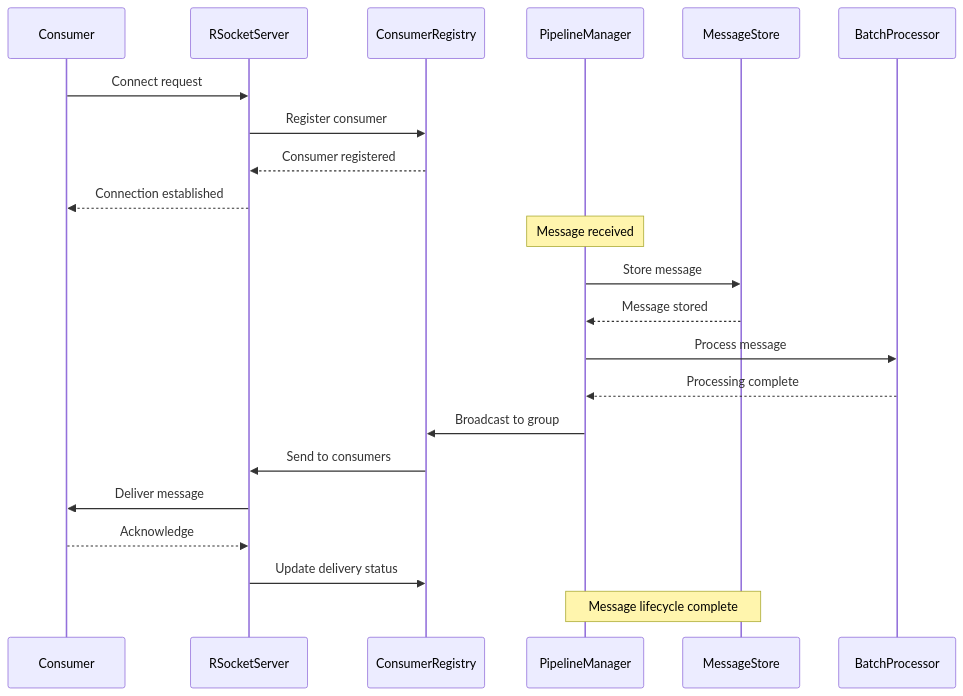
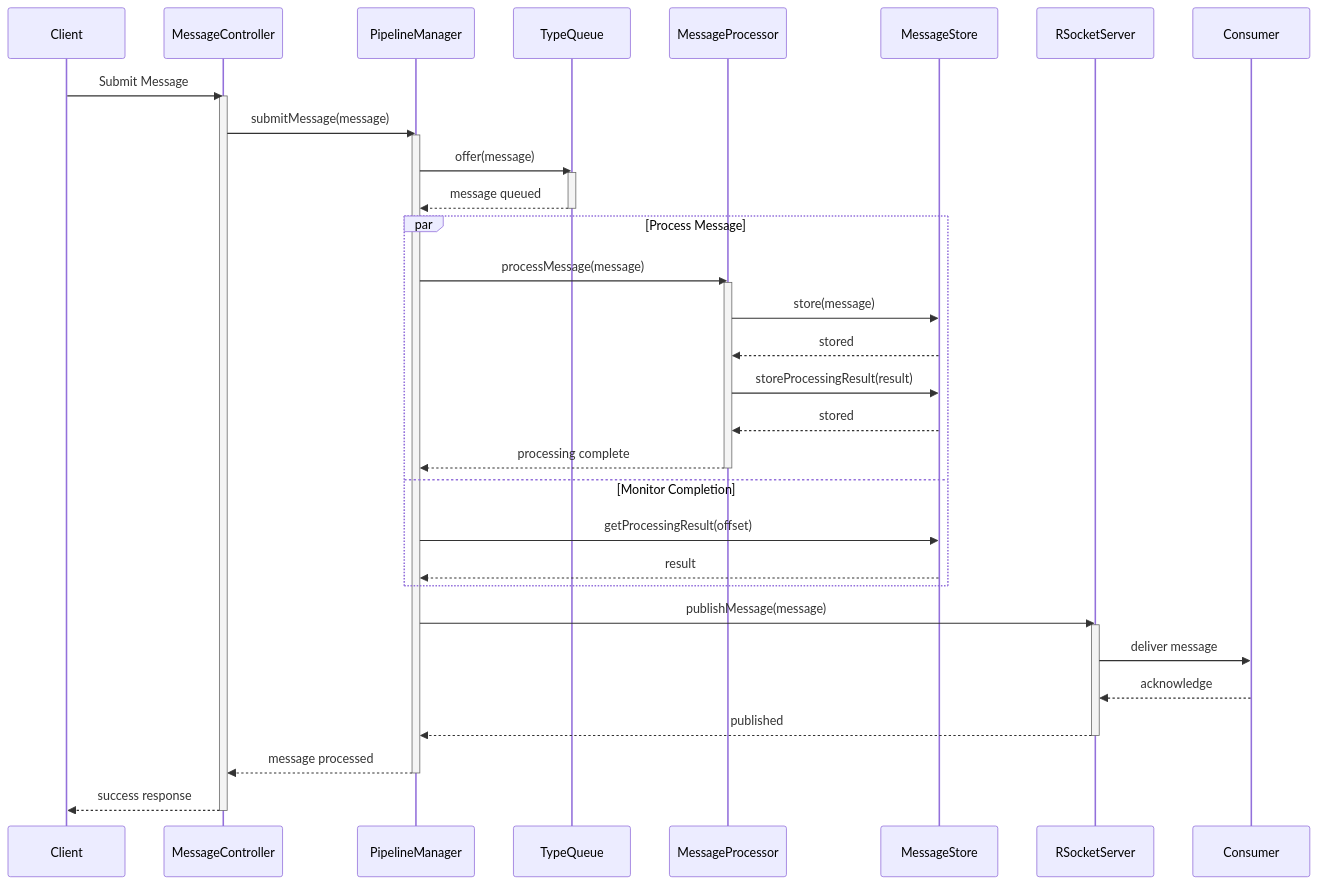
Before and after one commit to anuragm339/provider: the third of 3 diagrams in README.md, drawn with Mermaid. The commit also changed other lines of this file and 6 other files, not shown here.

````diff
--- a/README.md
+++ b/README.md
@@ -203,28 +163,47 @@
 ```mermaid
 sequenceDiagram
-    participant C as Consumer
+    participant C as Client
+    participant MC as MessageController
+    participant PM as PipelineManager
+    participant Q as TypeQueue
+    participant MP as MessageProcessor
+    participant MS as MessageStore
     participant RS as RSocketServer
-    participant CR as ConsumerRegistry
-    participant PM as PipelineManager
-    participant MS as MessageStore
-    participant BP as BatchProcessor
+    participant CO as Consumer
 
-    C->>RS: Connect request
-    RS->>CR: Register consumer
-    CR-->>RS: Consumer registered
-    RS-->>C: Connection established
-
-    Note over PM: Message received
-    PM->>MS: Store message
-    MS-->>PM: Message stored
-    PM->>BP: Process message
-    BP-->>PM: Processing complete
+    C->>MC: Submit Message
+    activate MC
+    MC->>PM: submitMessage(message)
+    activate PM
     
-    PM->>CR: Broadcast to group
-    CR->>RS: Send to consumers
-    RS->>C: Deliver message
-    C-->>RS: Acknowledge
-    RS->>CR: Update delivery status
-
-    Note over PM,MS: Message lifecycle complete
+    PM->>Q: offer(message)
+    activate Q
+    Q-->>PM: message queued
+    deactivate Q
+    
+    par Process Message
+        PM->>MP: processMessage(message)
+        activate MP
+        MP->>MS: store(message)
+        MS-->>MP: stored
+        MP->>MS: storeProcessingResult(result)
+        MS-->>MP: stored
+        MP-->>PM: processing complete
+        deactivate MP
+    and Monitor Completion
+        PM->>MS: getProcessingResult(offset)
+        MS-->>PM: result
+    end
+    
+    PM->>RS: publishMessage(message)
+    activate RS
+    RS->>CO: deliver message
+    CO-->>RS: acknowledge
+    RS-->>PM: published
+    deactivate RS
+    
+    PM-->>MC: message processed
+    deactivate PM
+    MC-->>C: success response
+    deactivate MC
 ```
````
